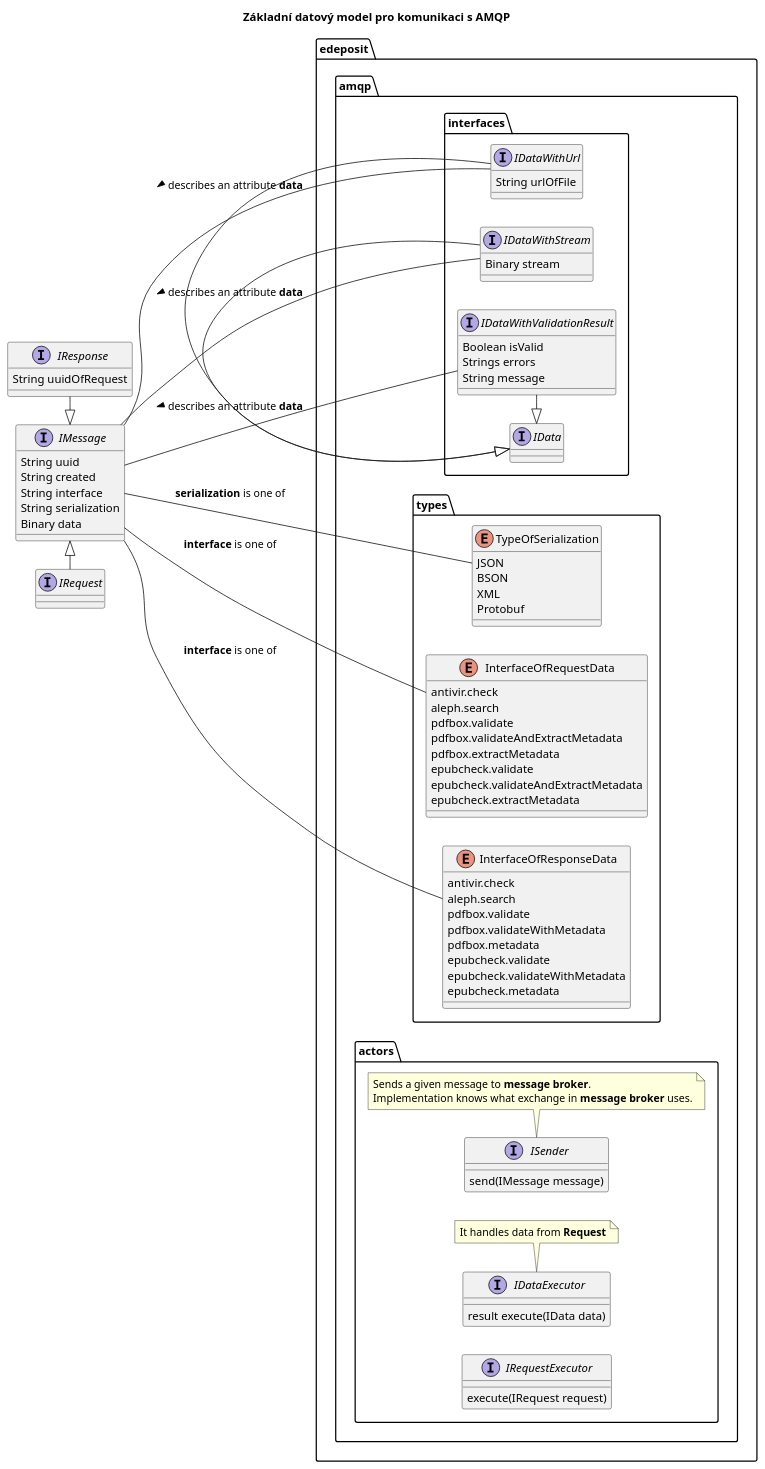
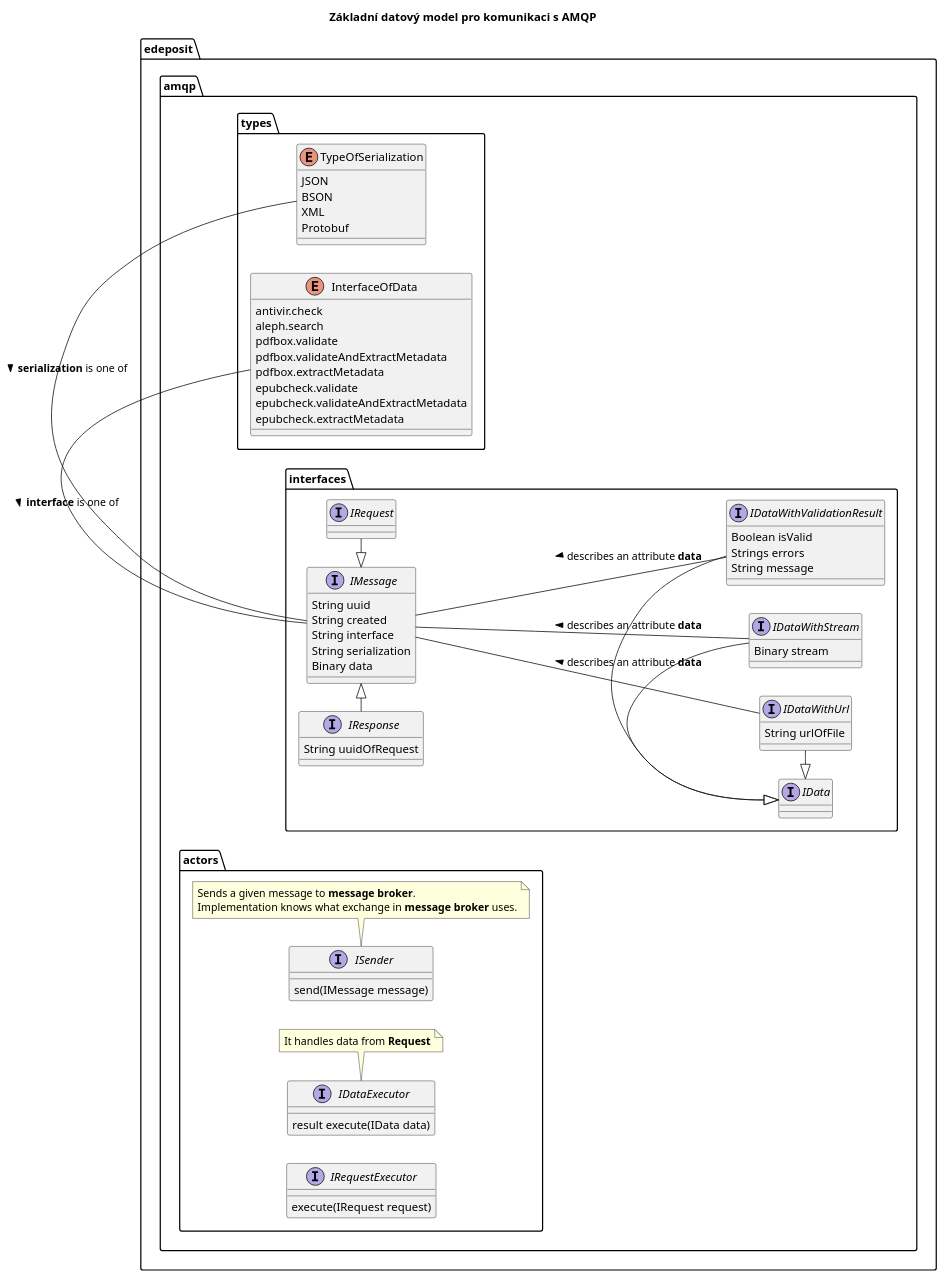
One commit to edeposit/edeposit changed the diagram in docs/middleware/dm00.plantuml. Above: the diagram before and after it, drawn with PlantUML. The commit also changed 2 other files, not shown here.

Commit message:
simplified documentation. Removed InterfaceOfRequestData #jstavel/edeposit.amqp#1

```diff
--- a/docs/middleware/dm00.plantuml
+++ b/docs/middleware/dm00.plantuml
@@ -1,109 +1,97 @@
 @startuml
 skinparam componentStyle uml2
 left to right direction
 title Základní datový model pro komunikaci s AMQP
 
 package edeposit.amqp.types {
 enum TypeOfSerialization {
      JSON
      BSON
      XML
      Protobuf
 }
 
-enum InterfaceOfRequestData {
+enum InterfaceOfData {
      antivir.check
      aleph.search
      pdfbox.validate
      pdfbox.validateAndExtractMetadata
      pdfbox.extractMetadata
      epubcheck.validate
      epubcheck.validateAndExtractMetadata
      epubcheck.extractMetadata
 }
-
-enum InterfaceOfResponseData {
-     antivir.check
-     aleph.search
-     pdfbox.validate
-     pdfbox.validateWithMetadata
-     pdfbox.metadata     
-     epubcheck.validate
-     epubcheck.validateWithMetadata
-     epubcheck.metadata     
-}
 }
 
+
+package edeposit.amqp.interfaces {
 interface IMessage {
       String uuid
       String created
       String interface
       String serialization
       Binary data
 }
 
 interface IRequest {
 }
 
 interface IResponse {
       String uuidOfRequest
 }
 
 IMessage <|-right- IRequest
 IMessage <|-left- IResponse
-
-package edeposit.amqp.interfaces {
         
         interface IData {
         }       
 
         interface IDataWithUrl {
               String urlOfFile
         }
 
         interface IDataWithStream {
               Binary stream
         }
 
         interface IDataWithValidationResult {
                   Boolean isValid
                   Strings errors
                   String message
         }
 
         IData <|-right- IDataWithUrl
         IData <|-right- IDataWithStream
         IData <|-right- IDataWithValidationResult
 }
 
 
 IMessage -- IDataWithUrl : < describes an attribute <b>data</b>
 IMessage -- IDataWithStream : < describes an attribute <b>data</b>
-IMessage -left- TypeOfSerialization : <b>serialization</b> is one of
-IMessage -left- InterfaceOfRequestData : <b>interface</b> is one of
+IMessage -left- TypeOfSerialization : < <b>serialization</b> is one of
+IMessage -left- InterfaceOfData : < <b>interface</b> is one of
 
 IMessage -- IDataWithValidationResult : < describes an attribute <b>data</b>
-IMessage -left- InterfaceOfResponseData : <b>interface</b> is one of
 
 package edeposit.amqp.actors {
         interface ISender {
                 send(IMessage message)                            
         }
         note bottom
         Sends a given message to <b>message broker</b>. 
         Implementation knows what exchange in <b>message broker</b> uses.
         end note
         
         interface IDataExecutor {
                   result execute(IData data)
         }
         note bottom
         It handles data from <b>Request</b>
         end note
 
         interface IRequestExecutor {
                   execute(IRequest request)                  
         }
 }
 
 @enduml
```
